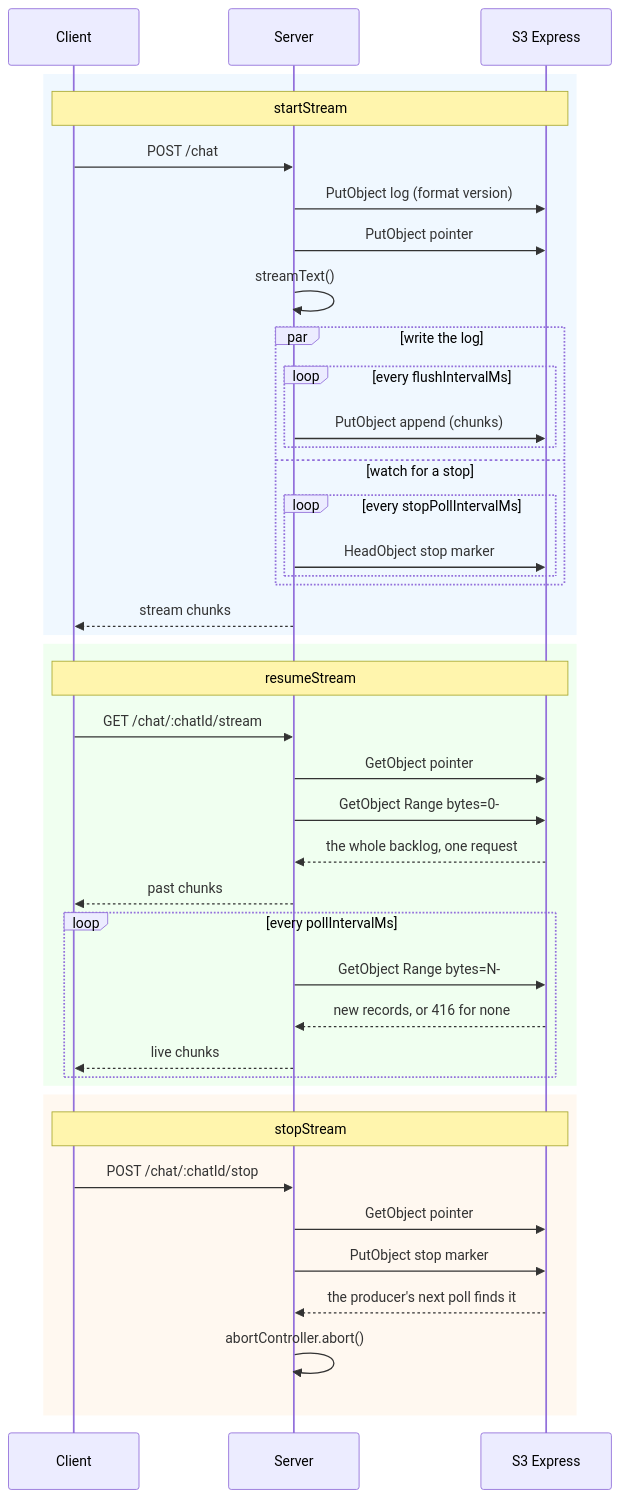
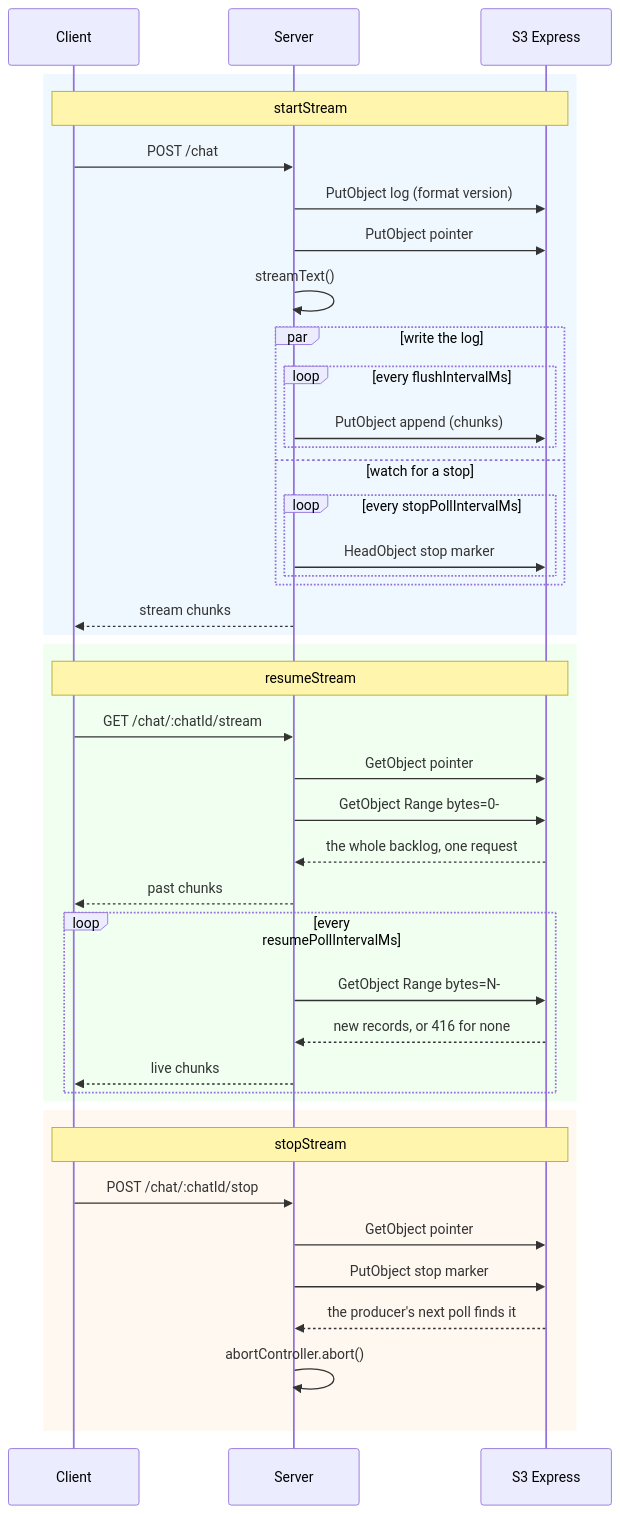
Before and after one commit to zirkelc/ai-resumable-stream: the second of 2 diagrams in README.md, drawn with Mermaid. The commit also changed other lines of this file and 10 other files, not shown here.

````diff
--- a/README.md
+++ b/README.md
@@ -275,47 +302,47 @@
 ```mermaid
 sequenceDiagram
     participant Client
     participant Server
     participant S3 as S3 Express
 
     rect rgb(240, 248, 255)
         Note over Client,S3: startStream
         Client->>Server: POST /chat
         Server->>S3: PutObject log (format version)
         Server->>S3: PutObject pointer
         Server->>Server: streamText()
         par write the log
             loop every flushIntervalMs
                 Server->>S3: PutObject append (chunks)
             end
         and watch for a stop
             loop every stopPollIntervalMs
                 Server->>S3: HeadObject stop marker
             end
         end
         Server-->>Client: stream chunks
     end
 
     rect rgb(240, 255, 240)
         Note over Client,S3: resumeStream
         Client->>Server: GET /chat/:chatId/stream
         Server->>S3: GetObject pointer
         Server->>S3: GetObject Range bytes=0-
         S3-->>Server: the whole backlog, one request
         Server-->>Client: past chunks
-        loop every pollIntervalMs
+        loop every resumePollIntervalMs
             Server->>S3: GetObject Range bytes=N-
             S3-->>Server: new records, or 416 for none
             Server-->>Client: live chunks
         end
     end
 
     rect rgb(255, 248, 240)
         Note over Client,S3: stopStream
         Client->>Server: POST /chat/:chatId/stop
         Server->>S3: GetObject pointer
         Server->>S3: PutObject stop marker
         S3-->>Server: the producer's next poll finds it
         Server->>Server: abortController.abort()
     end
 ```
````
